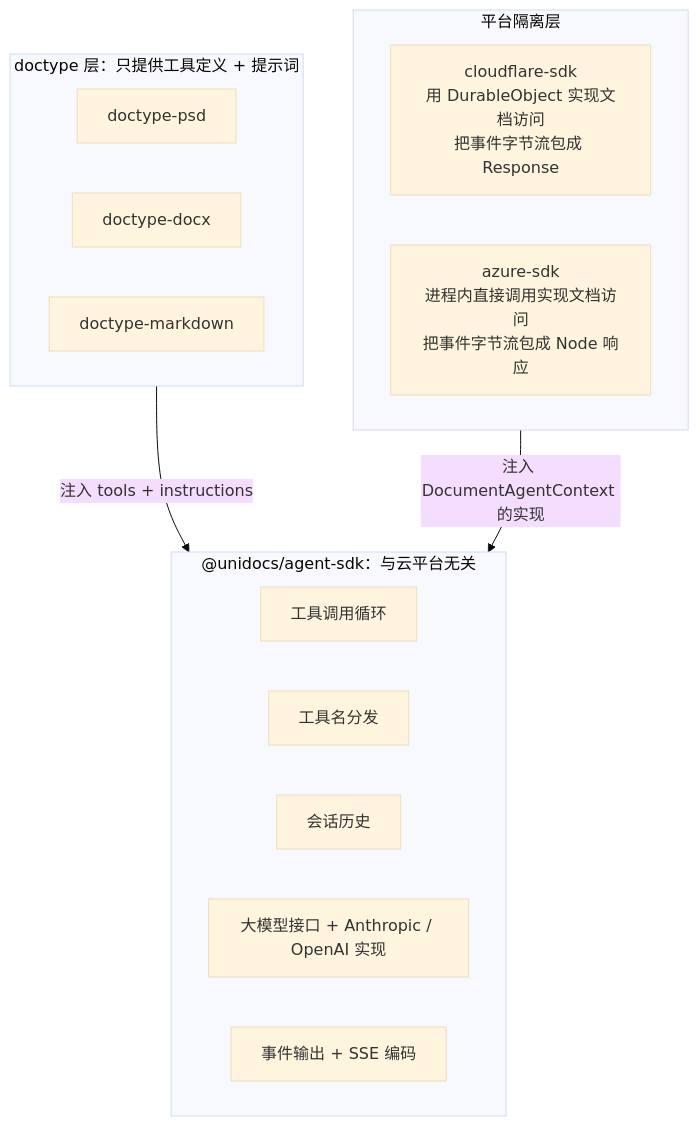
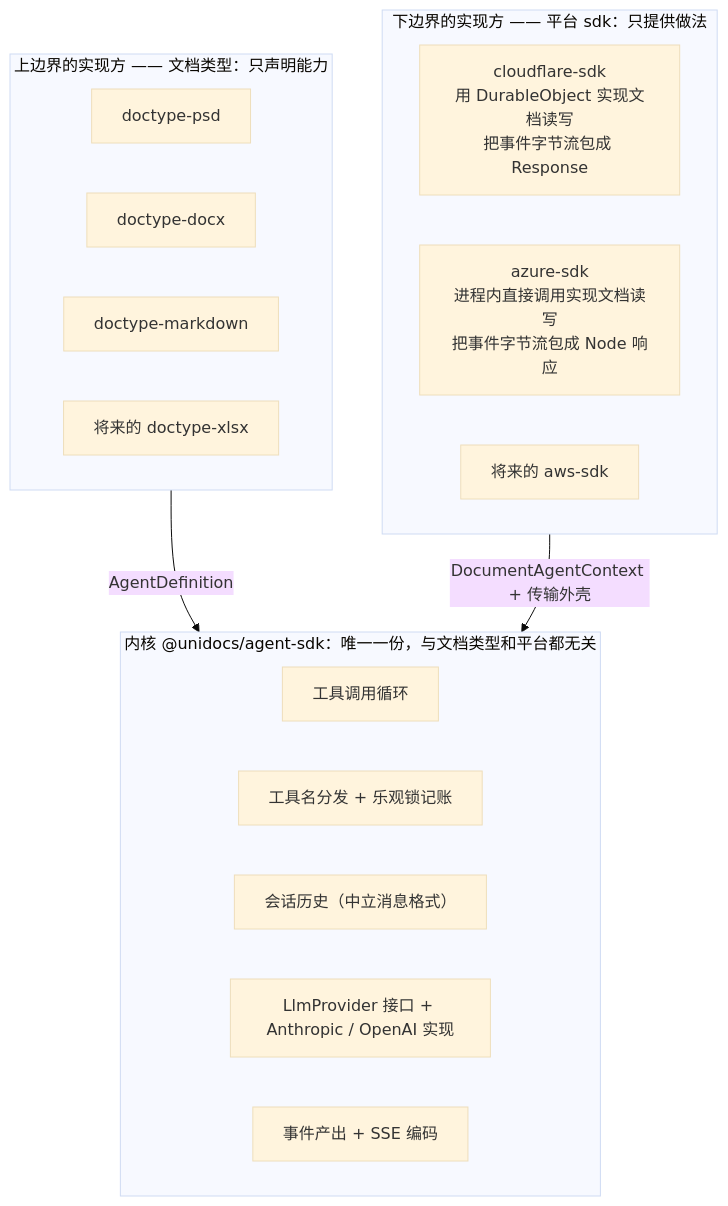
The third of 12 diagrams in docs/superpowers/specs/2026-08-26-agent-sdk-design.md (shazhou-ww/unidocs), drawn with Mermaid (base theme) before and after one commit. The commit also changed other lines of this file, not shown here.

First line of the commit message:
docs(agent-sdk): 第 1 章改为陈述架构而非罗列缺陷

````diff
--- a/docs/superpowers/specs/2026-08-26-agent-sdk-design.md
+++ b/docs/superpowers/specs/2026-08-26-agent-sdk-design.md
@@ -112,24 +166,26 @@
 ```mermaid
 flowchart TB
-    subgraph L1["doctype 层：只提供工具定义 + 提示词"]
+    subgraph L1["上边界的实现方 —— 文档类型：只声明能力"]
         A1["doctype-psd"]
         A2["doctype-docx"]
         A3["doctype-markdown"]
+        A4["将来的 doctype-xlsx"]
     end
 
-    subgraph L2["@unidocs/agent-sdk：与云平台无关"]
+    subgraph L2["内核 @unidocs/agent-sdk：唯一一份，与文档类型和平台都无关"]
         B1["工具调用循环"]
-        B2["工具名分发"]
-        B3["会话历史"]
-        B4["大模型接口 + Anthropic / OpenAI 实现"]
-        B5["事件输出 + SSE 编码"]
+        B2["工具名分发 + 乐观锁记账"]
+        B3["会话历史（中立消息格式）"]
+        B4["LlmProvider 接口 + Anthropic / OpenAI 实现"]
+        B5["事件产出 + SSE 编码"]
     end
 
-    subgraph L3["平台隔离层"]
-        C1["cloudflare-sdk<br/>用 DurableObject 实现文档访问<br/>把事件字节流包成 Response"]
-        C2["azure-sdk<br/>进程内直接调用实现文档访问<br/>把事件字节流包成 Node 响应"]
+    subgraph L3["下边界的实现方 —— 平台 sdk：只提供做法"]
+        C1["cloudflare-sdk<br/>用 DurableObject 实现文档读写<br/>把事件字节流包成 Response"]
+        C2["azure-sdk<br/>进程内直接调用实现文档读写<br/>把事件字节流包成 Node 响应"]
+        C3["将来的 aws-sdk"]
     end
 
-    L1 -->|"注入 tools + instructions"| L2
-    L3 -->|"注入 DocumentAgentContext 的实现"| L2
+    L1 -->|"AgentDefinition"| L2
+    L3 -->|"DocumentAgentContext + 传输外壳"| L2
 ```
````
